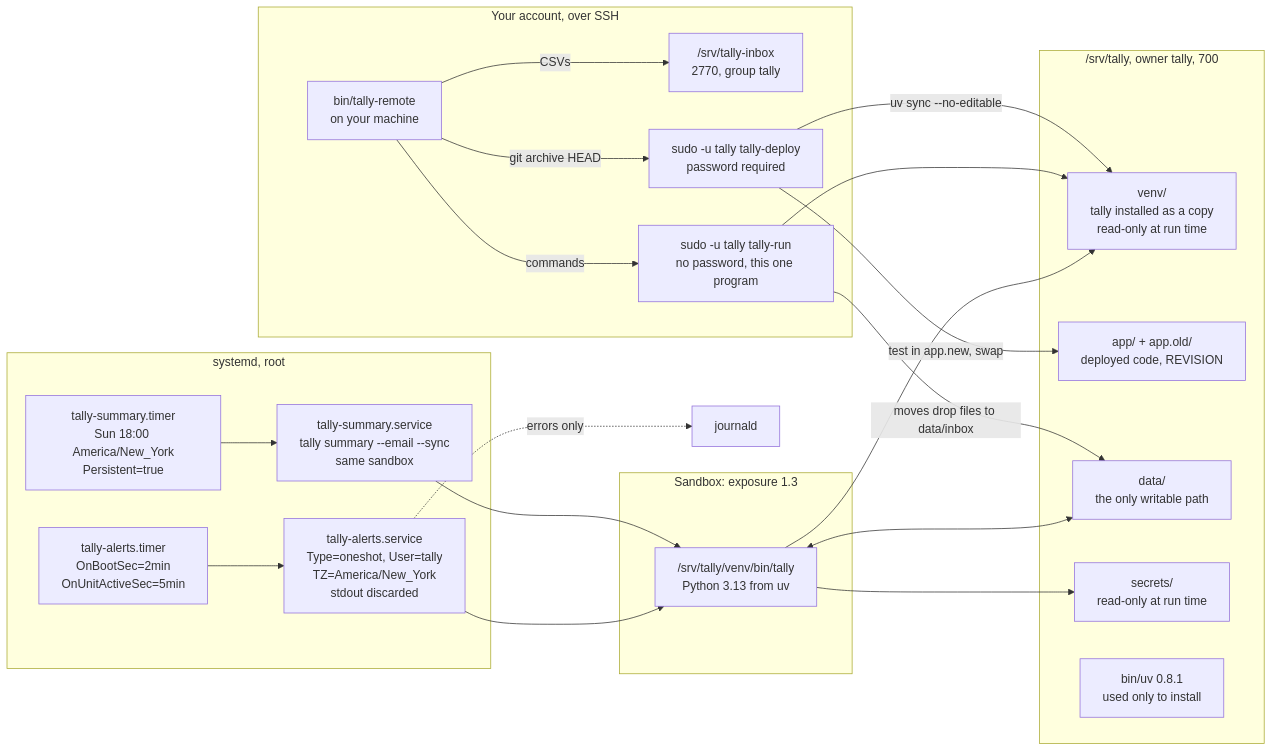
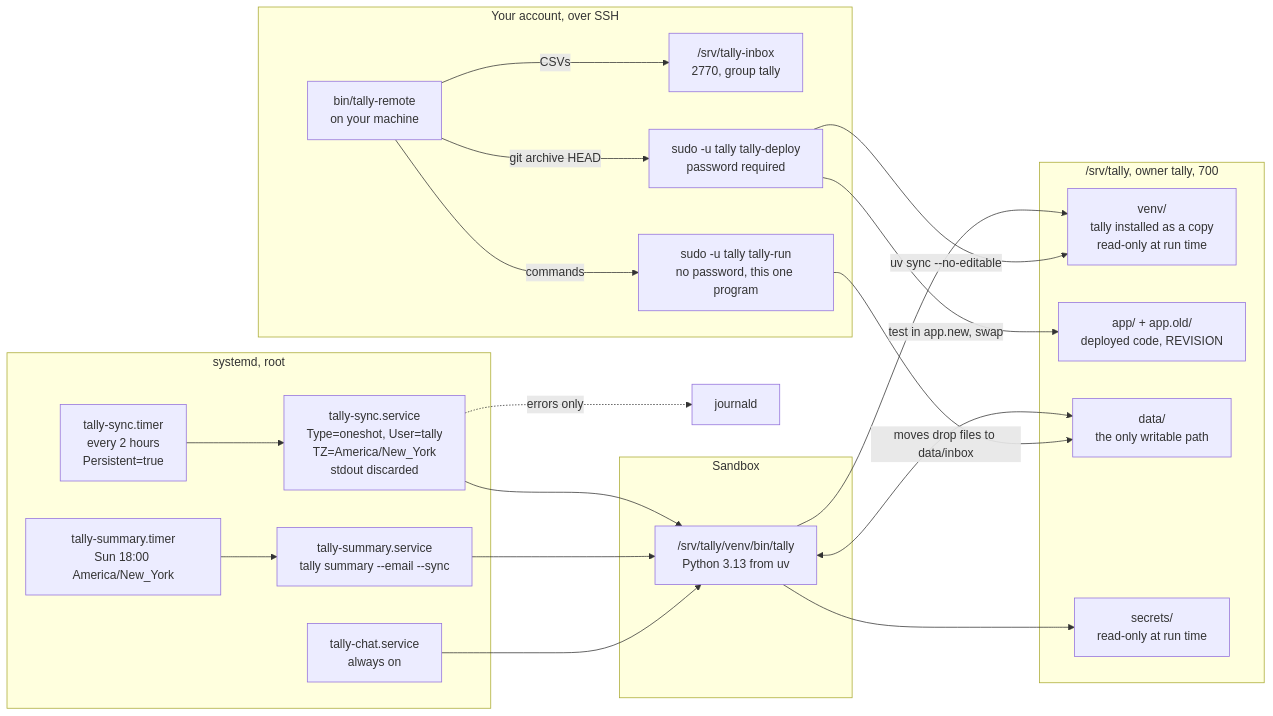
One commit to vmenon04/tally changed the sixth of 6 diagrams in docs/architecture.md. Above: the diagram before and after it, drawn with Mermaid. The commit also changed other lines of this file and 42 other files, not shown here.

First line of the commit message:
Take pending purchases from SimpleFIN alone, and sync every two hours

````diff
--- a/docs/architecture.md
+++ b/docs/architecture.md
@@ -287,43 +247,43 @@
 ```mermaid
 flowchart LR
     subgraph systemd["systemd, root"]
-        timer["tally-alerts.timer<br/>OnBootSec=2min<br/>OnUnitActiveSec=5min"]
-        service["tally-alerts.service<br/>Type=oneshot, User=tally<br/>TZ=America/New_York<br/>stdout discarded"]
-        summary_timer["tally-summary.timer<br/>Sun 18:00 America/New_York<br/>Persistent=true"]
-        summary_service["tally-summary.service<br/>tally summary --email --sync<br/>same sandbox"]
+        sync_timer["tally-sync.timer<br/>every 2 hours<br/>Persistent=true"]
+        sync_service["tally-sync.service<br/>Type=oneshot, User=tally<br/>TZ=America/New_York<br/>stdout discarded"]
+        summary_timer["tally-summary.timer<br/>Sun 18:00 America/New_York"]
+        summary_service["tally-summary.service<br/>tally summary --email --sync"]
+        chat_service["tally-chat.service<br/>always on"]
     end
 
-    subgraph sandbox["Sandbox: exposure 1.3"]
+    subgraph sandbox["Sandbox"]
         bin["/srv/tally/venv/bin/tally<br/>Python 3.13 from uv"]
     end
 
     subgraph fs["/srv/tally, owner tally, 700"]
         venv["venv/<br/>tally installed as a copy<br/>read-only at run time"]
         app["app/ + app.old/<br/>deployed code, REVISION"]
         datadir["data/<br/>the only writable path"]
         secretsdir["secrets/<br/>read-only at run time"]
-        uv["bin/uv 0.8.1<br/>used only to install"]
     end
 
     subgraph you["Your account, over SSH"]
         remote["bin/tally-remote<br/>on your machine"]
         drop["/srv/tally-inbox<br/>2770, group tally"]
         run["sudo -u tally tally-run<br/>no password, this one program"]
         deploy["sudo -u tally tally-deploy<br/>password required"]
     end
 
-    timer --> service --> bin
+    sync_timer --> sync_service --> bin
     summary_timer --> summary_service --> bin
+    chat_service --> bin
     bin --> venv
     bin <--> datadir
     bin --> secretsdir
-    service -. "errors only" .-> journal["journald"]
+    sync_service -. "errors only" .-> journal["journald"]
 
     remote -- "CSVs" --> drop
     remote -- "commands" --> run
     remote -- "git archive HEAD" --> deploy
     run -- "moves drop files to data/inbox" --> datadir
-    run --> venv
     deploy -- "test in app.new, swap" --> app
     deploy -- "uv sync --no-editable" --> venv
 ```
````
